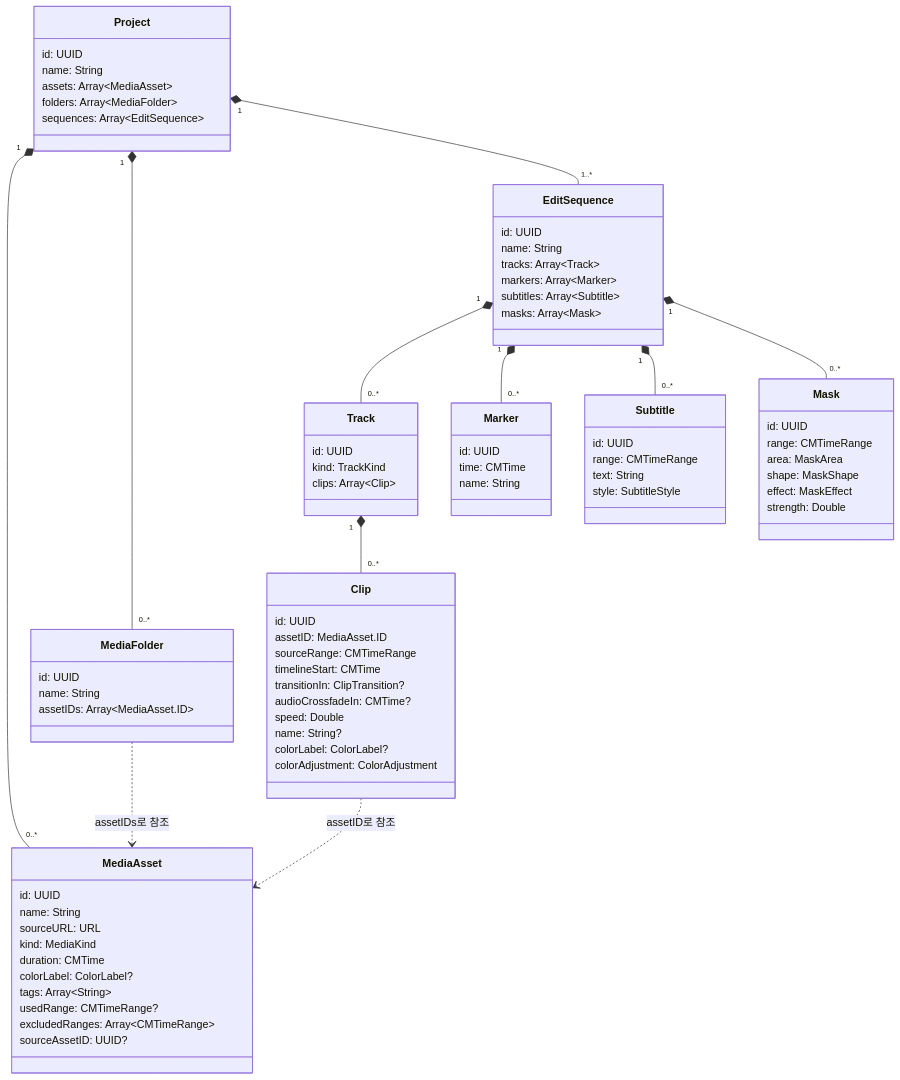
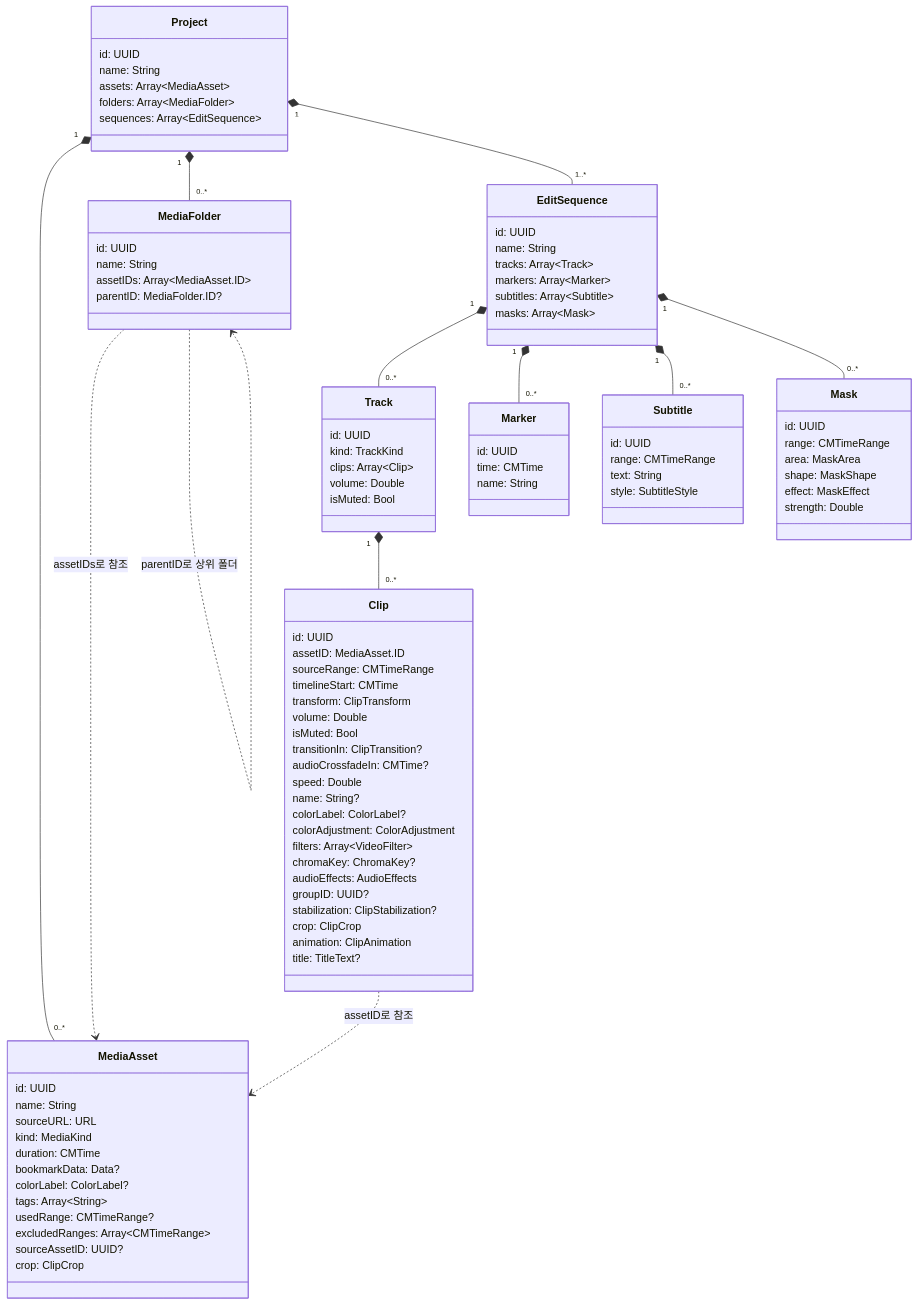
The diagram in docs/domain-model.md (KalGookSoo/palladium), drawn with Mermaid before and after one commit. The commit also changed other lines of this file and 2 other files, not shown here.

Commit message:
docs: 도메인 모델·소개·기능명세를 지금 코드와 로드맵에 맞게 고치기
- domain-model: 다이어그램에 빠진 속성(폴더 parentID, 원본 bookmarkData·crop,
  트랙 음량·음소거, 클립 transform·filters·chromaKey·audioEffects·groupID·
  stabilization·crop·animation·title 등)을 더하고, 폴더 트리(#93)·트랙 음량 설명과
  이미 구현된 항목이 남아 있던 "이번 범위에서 제외" 절을 고쳤다.
- index: iPad는 Mac 출시 뒤 같은 앱으로 지원(iPhone·Vision Pro 제외).
- 기능명세: 네트워크 배제의 예외로 에이전트 연결(MCP 서버, 7단계)을 적었다.

Refs #122

```diff
--- a/docs/domain-model.md
+++ b/docs/domain-model.md
@@ -25,6 +25,7 @@
         id: UUID
         name: String
         assetIDs: Array~MediaAsset.ID~
+        parentID: MediaFolder.ID?
     }
     class MediaAsset {
         id: UUID
@@ -32,11 +33,13 @@
         sourceURL: URL
         kind: MediaKind
         duration: CMTime
+        bookmarkData: Data?
         colorLabel: ColorLabel?
         tags: Array~String~
         usedRange: CMTimeRange?
         excludedRanges: Array~CMTimeRange~
         sourceAssetID: UUID?
+        crop: ClipCrop
     }
     class EditSequence {
         id: UUID
@@ -69,22 +72,36 @@
         id: UUID
         kind: TrackKind
         clips: Array~Clip~
+        volume: Double
+        isMuted: Bool
     }
     class Clip {
         id: UUID
         assetID: MediaAsset.ID
         sourceRange: CMTimeRange
         timelineStart: CMTime
+        transform: ClipTransform
+        volume: Double
+        isMuted: Bool
         transitionIn: ClipTransition?
         audioCrossfadeIn: CMTime?
         speed: Double
         name: String?
         colorLabel: ColorLabel?
         colorAdjustment: ColorAdjustment
+        filters: Array~VideoFilter~
+        chromaKey: ChromaKey?
+        audioEffects: AudioEffects
+        groupID: UUID?
+        stabilization: ClipStabilization?
+        crop: ClipCrop
+        animation: ClipAnimation
+        title: TitleText?
     }
     Project "1" *-- "0..*" MediaAsset
     Project "1" *-- "0..*" MediaFolder
     MediaFolder ..> MediaAsset : assetIDs로 참조
+    MediaFolder ..> MediaFolder : parentID로 상위 폴더
     Project "1" *-- "1..*" EditSequence
     EditSequence "1" *-- "0..*" Track
     EditSequence "1" *-- "0..*" Marker
```
